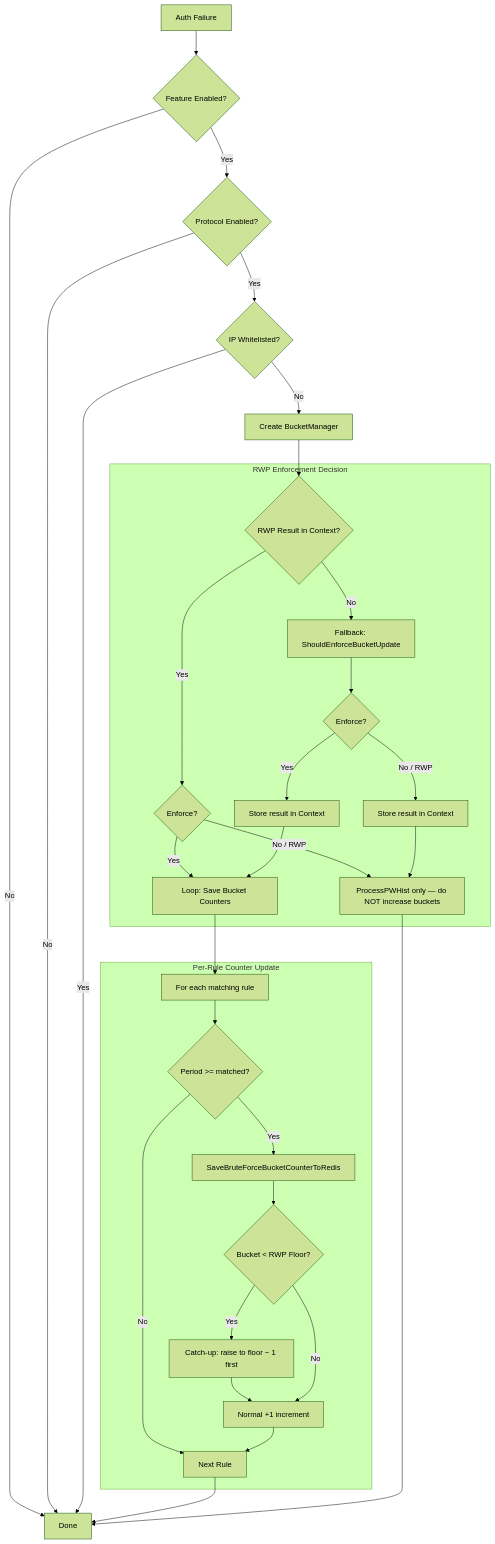
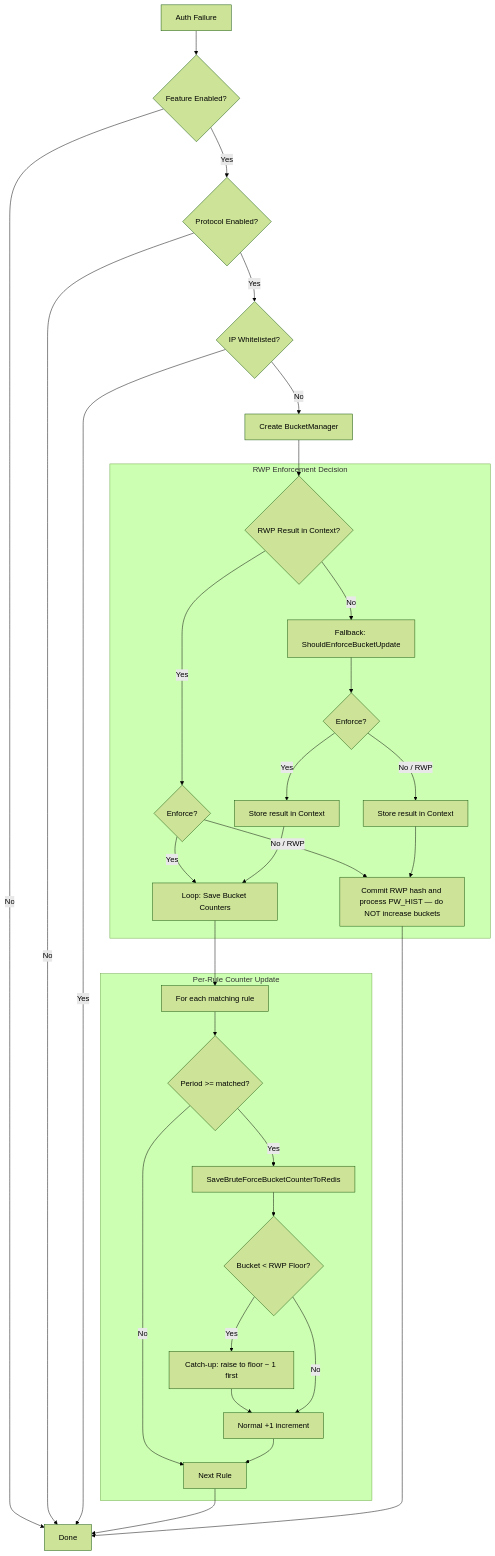
The second of 3 diagrams in server/docs/bruteforce_protection.md (croessner/nauthilus), drawn with Mermaid (forest theme) before and after one commit. The commit also changed other lines of this file and 5 other files, not shown here.

````diff
--- a/server/docs/bruteforce_protection.md
+++ b/server/docs/bruteforce_protection.md
@@ -85,40 +85,40 @@
 ```mermaid
 flowchart TD
     U_START[Auth Failure] --> U_FEAT{Feature Enabled?}
     U_FEAT -- No --> U_DONE[Done]
     U_FEAT -- Yes --> U_PROTO{Protocol Enabled?}
     U_PROTO -- No --> U_DONE
     U_PROTO -- Yes --> U_WL{IP Whitelisted?}
     U_WL -- Yes --> U_DONE
     U_WL -- No --> U_BM[Create BucketManager]
     U_BM --> U_CTX{RWP Result in Context?}
 
 subgraph RWP_Decision [RWP Enforcement Decision]
 U_CTX -- Yes --> U_CTX_VAL{Enforce?}
-U_CTX_VAL -- No / RWP --> U_SKIP[ProcessPWHist only — do NOT increase buckets]
+U_CTX_VAL -- No / RWP --> U_SKIP[Commit RWP hash and process PW_HIST — do NOT increase buckets]
 U_CTX_VAL -- Yes --> U_UPDATE
 U_CTX -- No --> U_FRESH[Fallback: ShouldEnforceBucketUpdate]
 U_FRESH --> U_FRESH_VAL{Enforce?}
 U_FRESH_VAL -- No / RWP --> U_CACHE_FALSE[Store result in Context]
 U_CACHE_FALSE --> U_SKIP
 U_FRESH_VAL -- Yes --> U_CACHE_TRUE[Store result in Context]
 U_CACHE_TRUE --> U_UPDATE
 end
 
 U_UPDATE[Loop: Save Bucket Counters]
 U_UPDATE --> U_RULE_LOOP
 
 subgraph Bucket_Update [Per-Rule Counter Update]
 U_RULE_LOOP[For each matching rule] --> U_PERIOD{Period >= matched?}
 U_PERIOD -- Yes --> U_SAVE[SaveBruteForceBucketCounterToRedis]
 U_PERIOD -- No --> U_NEXT[Next Rule]
 U_SAVE --> U_FLOOR{Bucket < RWP Floor?}
 U_FLOOR -- Yes --> U_CATCHUP[Catch-up: raise to floor − 1 first]
 U_CATCHUP --> U_INC[Normal +1 increment]
 U_FLOOR -- No --> U_INC
 U_INC --> U_NEXT
 end
 
 U_NEXT --> U_DONE
 U_SKIP --> U_DONE
 ```
````
